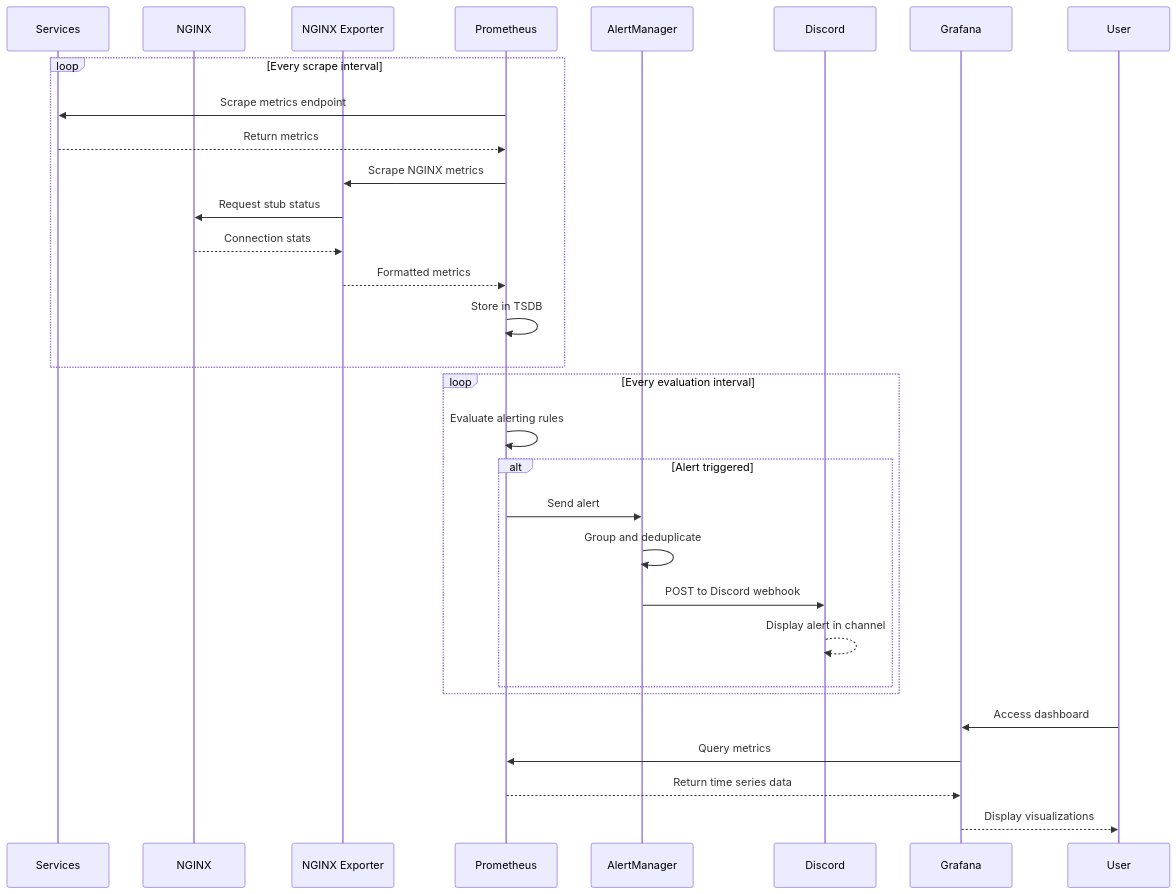
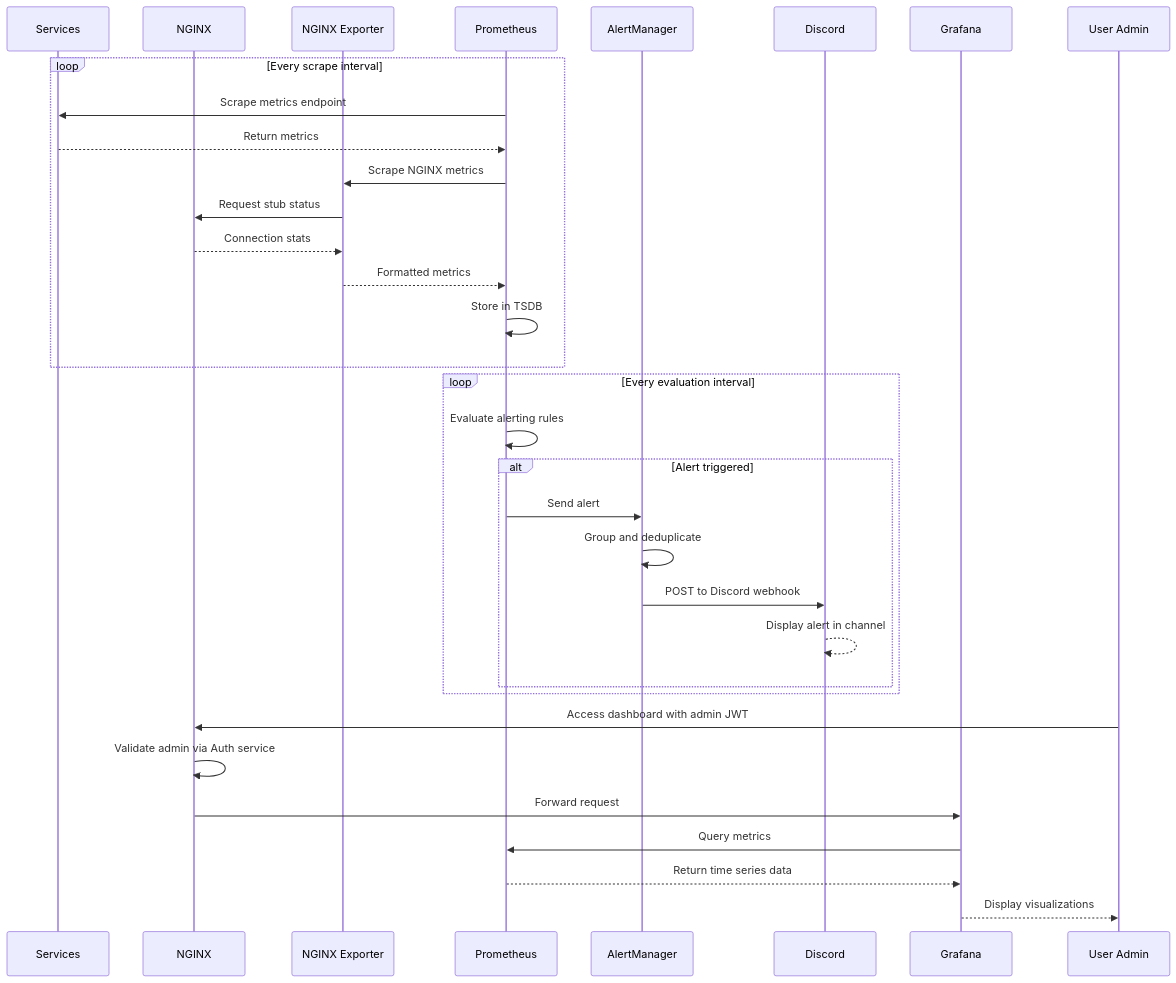
Before and after one commit to anais-f/42_ft_transcendence: the second of 2 diagrams in monitoring.md, drawn with Mermaid. The commit also changed other lines of this file and 1 other file, not shown here.

````diff
--- a/monitoring.md
+++ b/monitoring.md
@@ -112,36 +111,38 @@
 ```mermaid
 sequenceDiagram
     participant S as Services
     participant N as NGINX
     participant NE as NGINX Exporter
     participant P as Prometheus
     participant A as AlertManager
     participant D as Discord
     participant G as Grafana
-    participant U as User
+    participant U as User Admin
 
     loop Every scrape interval
         P->>S: Scrape metrics endpoint
         S-->>P: Return metrics
-        P->>NE: Scrape NGINX metrics
+        P->>NE:  Scrape NGINX metrics
         NE->>N: Request stub status
-        N-->>NE:   Connection stats
+        N-->>NE:  Connection stats
         NE-->>P:  Formatted metrics
         P->>P: Store in TSDB
     end
 
     loop Every evaluation interval
-        P->>P:   Evaluate alerting rules
+        P->>P:  Evaluate alerting rules
         alt Alert triggered
             P->>A: Send alert
             A->>A: Group and deduplicate
             A->>D: POST to Discord webhook
             D-->>D: Display alert in channel
         end
     end
 
-    U->>G: Access dashboard
+    U->>N: Access dashboard with admin JWT
+    N->>N:  Validate admin via Auth service
+    N->>G:  Forward request
     G->>P: Query metrics
     P-->>G: Return time series data
     G-->>U: Display visualizations
 ```
````
